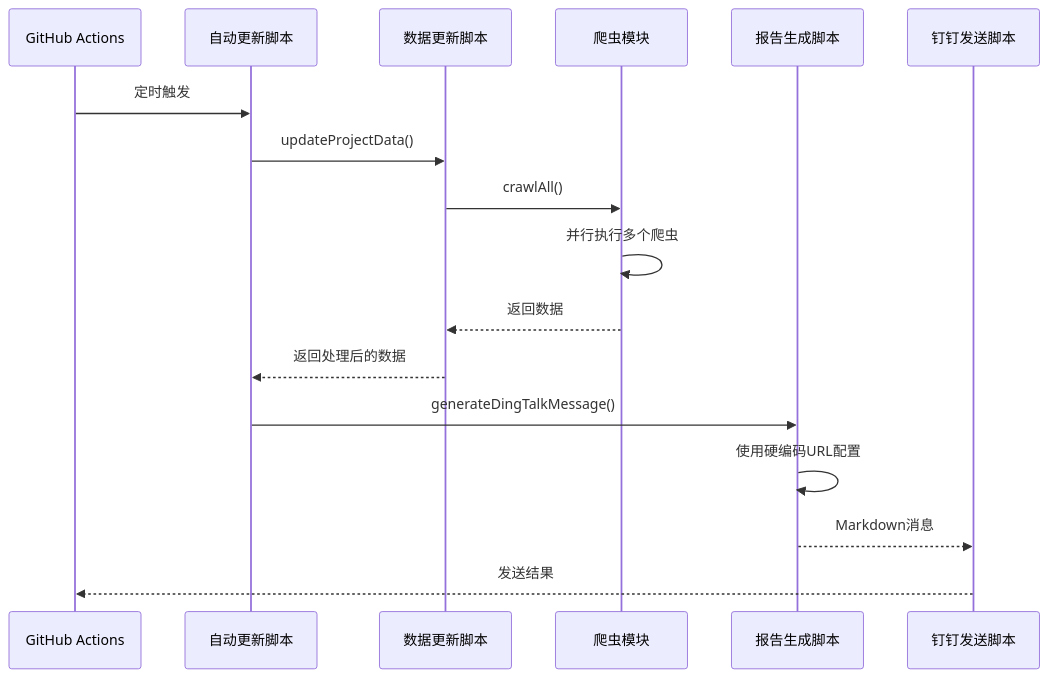
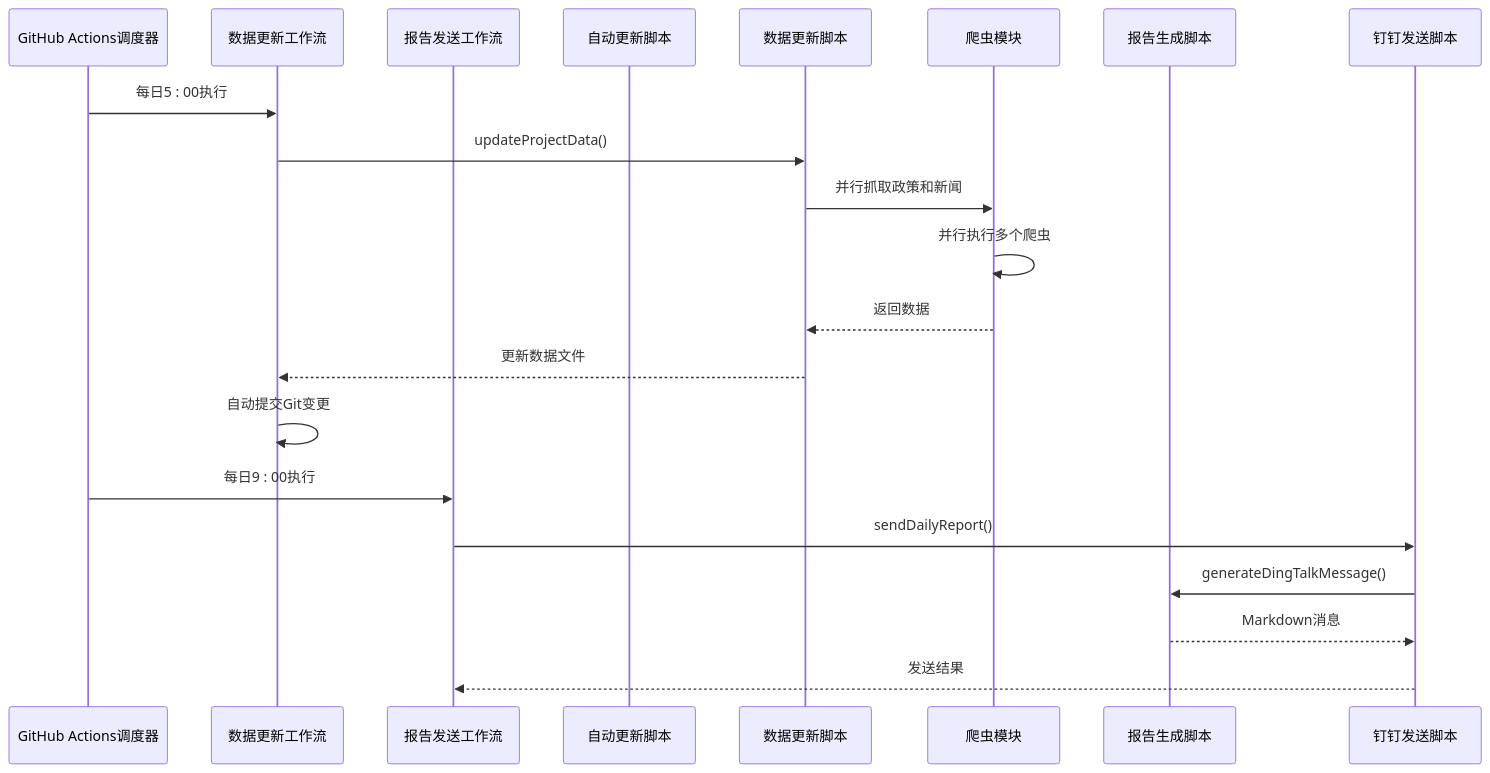
Before and after one commit to liangxuanliang-cmd/carbon-info-agent: the second of 12 diagrams in .qoder/repowiki/zh/content/部署与维护/自动化每日报告系统.md, drawn with Mermaid. The commit also changed other lines of this file and 7 other files, not shown here.

````diff
--- a/.qoder/repowiki/zh/content/部署与维护/自动化每日报告系统.md
+++ b/.qoder/repowiki/zh/content/部署与维护/自动化每日报告系统.md
@@ -131,19 +135,23 @@
 ```mermaid
 sequenceDiagram
-participant Scheduler as GitHub Actions
+participant Scheduler as GitHub Actions调度器
+participant DataUpdate as 数据更新工作流
+participant ReportSend as 报告发送工作流
 participant AutoUpdate as 自动更新脚本
 participant UpdateData as 数据更新脚本
 participant Crawler as 爬虫模块
 participant Report as 报告生成脚本
 participant DingTalk as 钉钉发送脚本
-Scheduler->>AutoUpdate : 定时触发
-AutoUpdate->>UpdateData : updateProjectData()
-UpdateData->>Crawler : crawlAll()
+Scheduler->>DataUpdate : 每日5 : 00执行
+DataUpdate->>UpdateData : updateProjectData()
+UpdateData->>Crawler : 并行抓取政策和新闻
 Crawler->>Crawler : 并行执行多个爬虫
 Crawler-->>UpdateData : 返回数据
-UpdateData-->>AutoUpdate : 返回处理后的数据
-AutoUpdate->>Report : generateDingTalkMessage()
-Report->>Report : 使用硬编码URL配置
+UpdateData-->>DataUpdate : 更新数据文件
+DataUpdate->>DataUpdate : 自动提交Git变更
+Scheduler->>ReportSend : 每日9 : 00执行
+ReportSend->>DingTalk : sendDailyReport()
+DingTalk->>Report : generateDingTalkMessage()
 Report-->>DingTalk : Markdown消息
-DingTalk-->>Scheduler : 发送结果
+DingTalk-->>ReportSend : 发送结果
 ```
````
